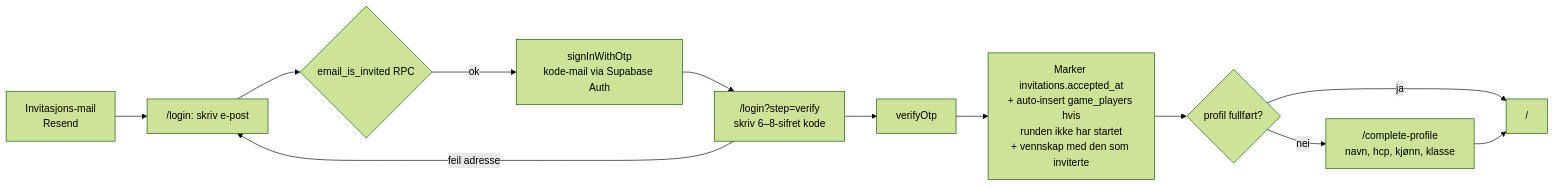
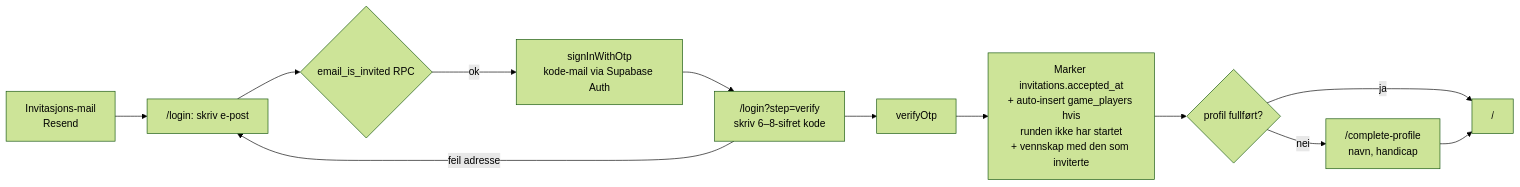
Before and after one commit to jdlarssen/golf-app: the second of 6 diagrams in docs/user-flows.md, drawn with Mermaid (forest theme). The commit also changed other lines of this file and 20 other files, not shown here.

````diff
--- a/docs/user-flows.md
+++ b/docs/user-flows.md
@@ -107,14 +107,14 @@
 ```mermaid
 flowchart LR
   A[Invitasjons-mail<br/>Resend] --> B["/login: skriv e-post"]
   B --> C{email_is_invited RPC}
   C -- ok --> D[signInWithOtp<br/>kode-mail via Supabase Auth]
   D --> E["/login?step=verify<br/>skriv 6–8-sifret kode"]
   E -- feil adresse --> B
   E --> F[verifyOtp]
   F --> G[Marker invitations.accepted_at<br/>+ auto-insert game_players hvis<br/>runden ikke har startet<br/>+ vennskap med den som inviterte]
   G --> H{profil fullført?}
-  H -- nei --> CP["/complete-profile<br/>navn, hcp, kjønn, klasse"]
+  H -- nei --> CP["/complete-profile<br/>navn, handicap"]
   H -- ja --> Home["/"]
   CP --> Home
 ```
````
